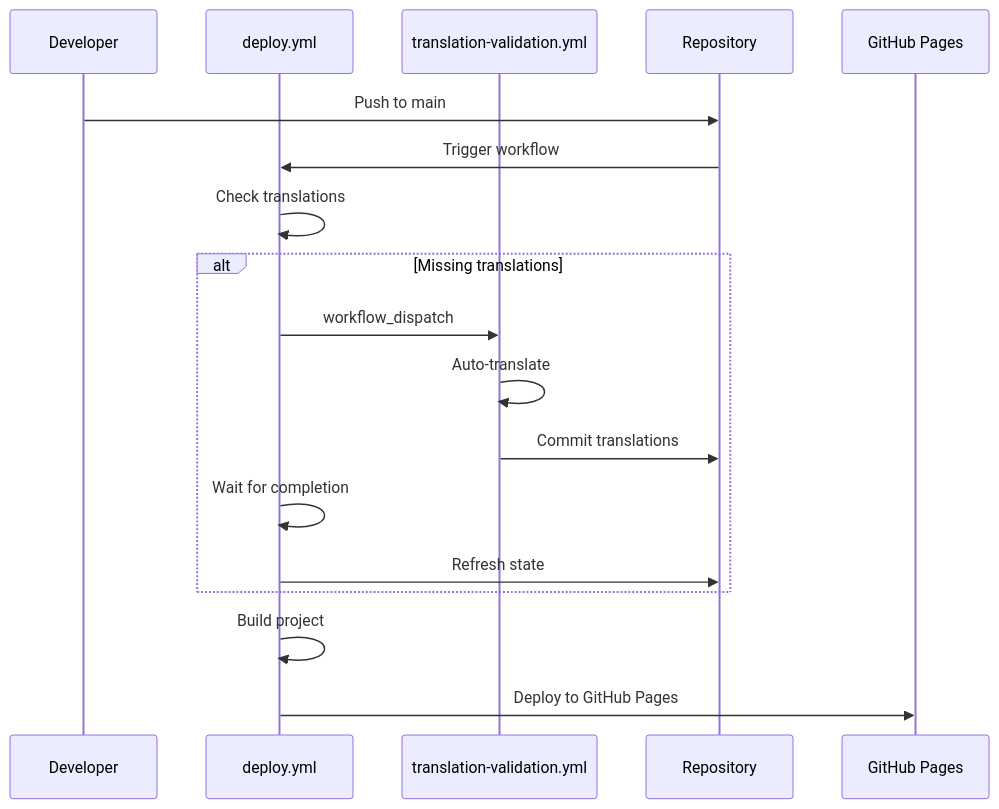
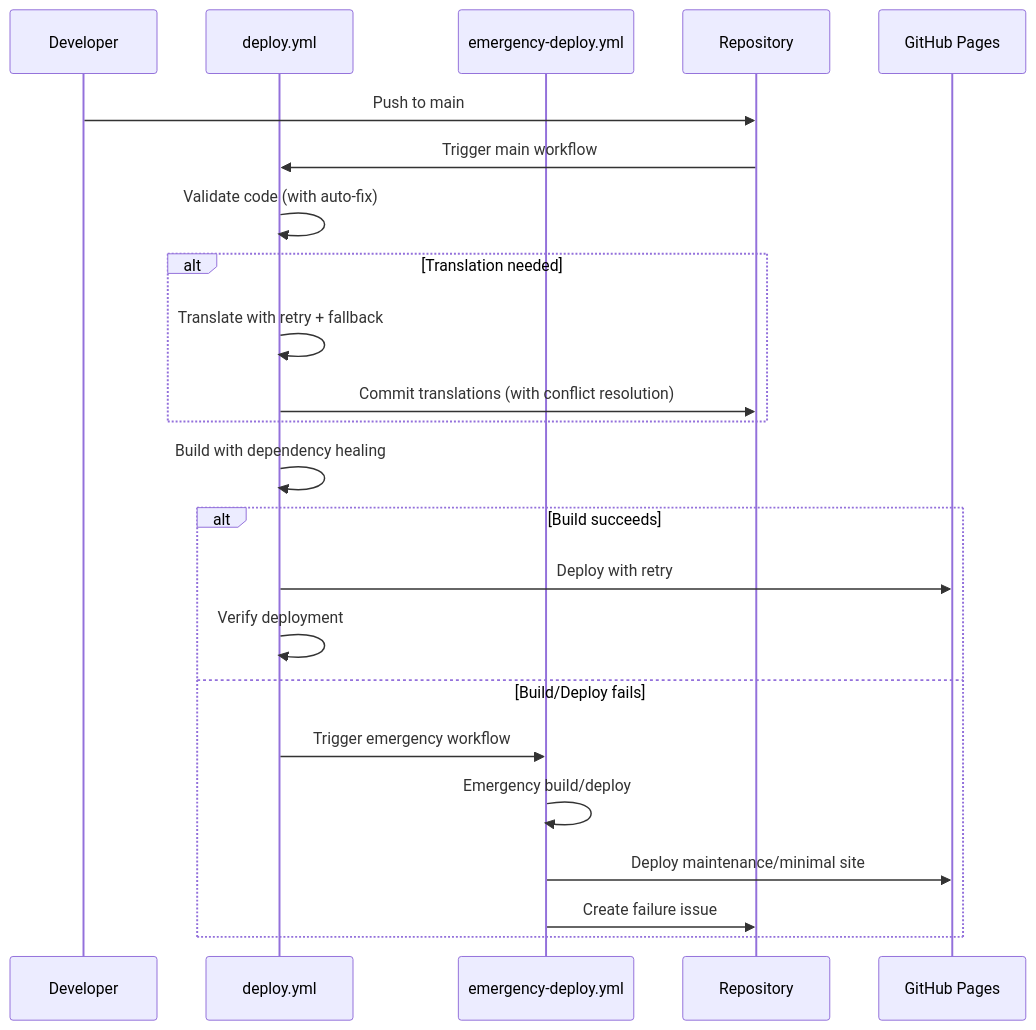
The diagram in docs/WORKFLOW_ORCHESTRATION_GUIDE.md (webdrink/leagueoffun), drawn with Mermaid before and after one commit. The commit also changed other lines of this file and 2 other files, not shown here.

Commit message:
feat(ci): Enhance CI/CD workflows with self-healing mechanisms for deployment and translation processes

````diff
--- a/docs/WORKFLOW_ORCHESTRATION_GUIDE.md
+++ b/docs/WORKFLOW_ORCHESTRATION_GUIDE.md
@@ -32,23 +53,30 @@
 ```mermaid
 sequenceDiagram
     participant Dev as Developer
-    participant Deploy as deploy.yml
-    participant Trans as translation-validation.yml
+    participant CI as deploy.yml
+    participant Emergency as emergency-deploy.yml
     participant Repo as Repository
     participant Pages as GitHub Pages
 
     Dev->>Repo: Push to main
-    Repo->>Deploy: Trigger workflow
-    Deploy->>Deploy: Check translations
+    Repo->>CI: Trigger main workflow
     
-    alt Missing translations
-        Deploy->>Trans: workflow_dispatch
-        Trans->>Trans: Auto-translate
-        Trans->>Repo: Commit translations
-        Deploy->>Deploy: Wait for completion
-        Deploy->>Repo: Refresh state
+    CI->>CI: Validate code (with auto-fix)
+    
+    alt Translation needed
+        CI->>CI: Translate with retry + fallback
+        CI->>Repo: Commit translations (with conflict resolution)
     end
     
-    Deploy->>Deploy: Build project
-    Deploy->>Pages: Deploy to GitHub Pages
+    CI->>CI: Build with dependency healing
+    
+    alt Build succeeds
+        CI->>Pages: Deploy with retry
+        CI->>CI: Verify deployment
+    else Build/Deploy fails
+        CI->>Emergency: Trigger emergency workflow
+        Emergency->>Emergency: Emergency build/deploy
+        Emergency->>Pages: Deploy maintenance/minimal site
+        Emergency->>Repo: Create failure issue
+    end
 ```
````
